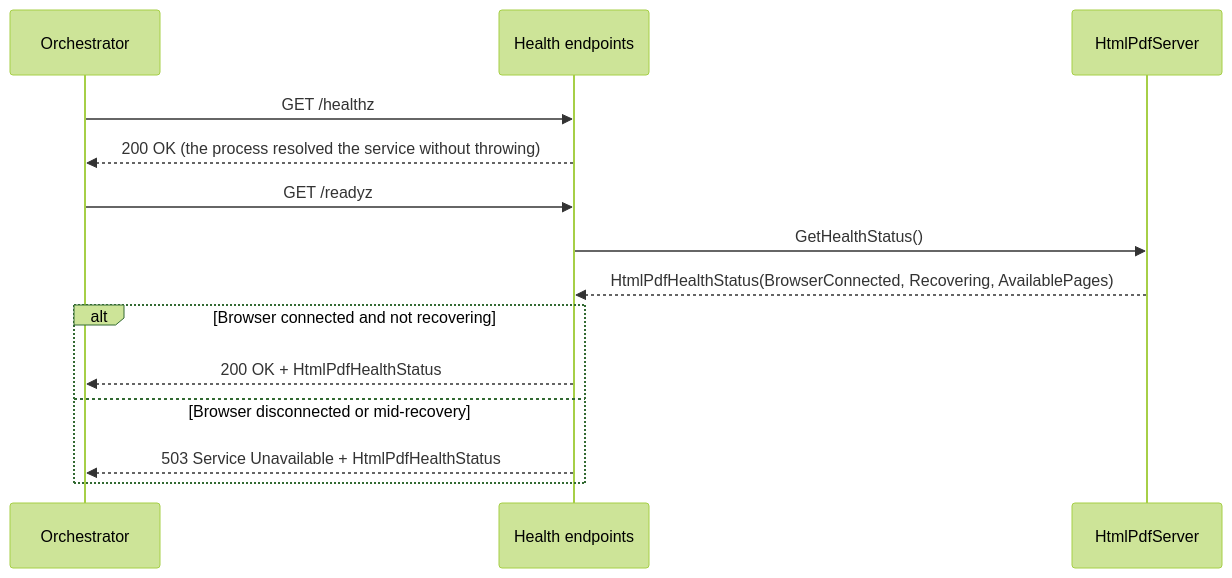
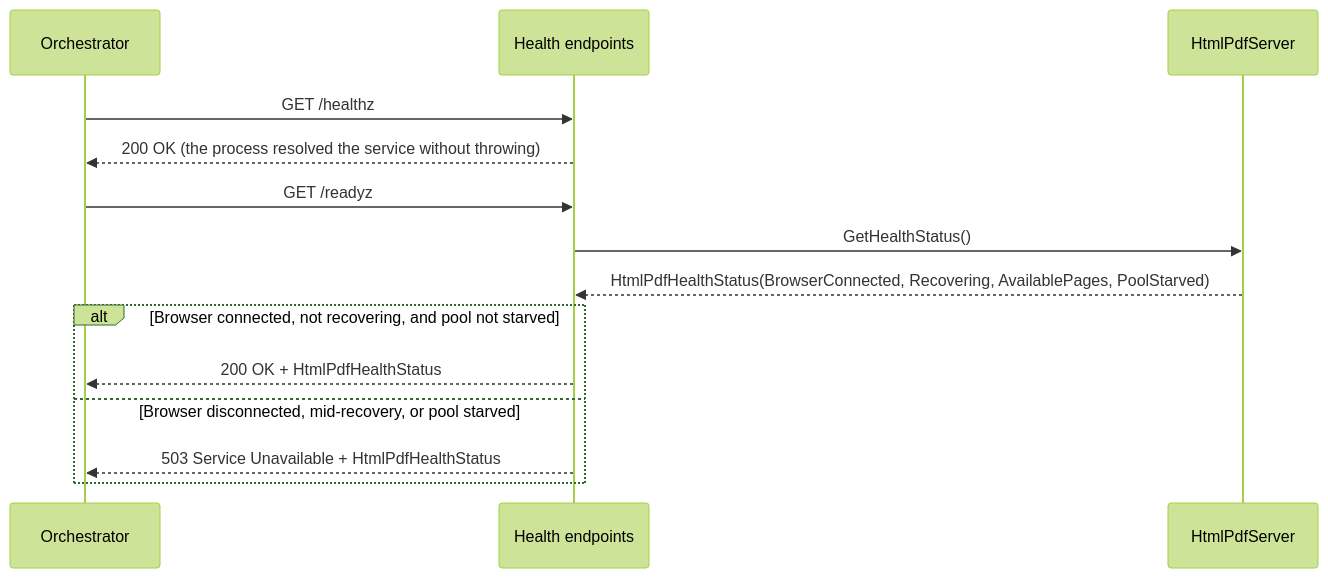
One commit to FRACerqueira/HtmlPdfPlus changed the third of 3 diagrams in docs/guide/resilience.md. Above: the diagram before and after it, drawn with Mermaid (forest theme). The commit also changed other lines of this file and 43 other files, not shown here.

````diff
--- a/docs/guide/resilience.md
+++ b/docs/guide/resilience.md
@@ -53,18 +53,18 @@
 ```mermaid
 sequenceDiagram
     participant Orchestrator
     participant HealthEndpoints as Health endpoints
     participant Server as HtmlPdfServer
 
     Orchestrator->>HealthEndpoints: GET /healthz
     HealthEndpoints-->>Orchestrator: 200 OK (the process resolved the service without throwing)
 
     Orchestrator->>HealthEndpoints: GET /readyz
     HealthEndpoints->>Server: GetHealthStatus()
-    Server-->>HealthEndpoints: HtmlPdfHealthStatus(BrowserConnected, Recovering, AvailablePages)
-    alt Browser connected and not recovering
+    Server-->>HealthEndpoints: HtmlPdfHealthStatus(BrowserConnected, Recovering, AvailablePages, PoolStarved)
+    alt Browser connected, not recovering, and pool not starved
         HealthEndpoints-->>Orchestrator: 200 OK + HtmlPdfHealthStatus
-    else Browser disconnected or mid-recovery
+    else Browser disconnected, mid-recovery, or pool starved
         HealthEndpoints-->>Orchestrator: 503 Service Unavailable + HtmlPdfHealthStatus
     end
 ```
````
